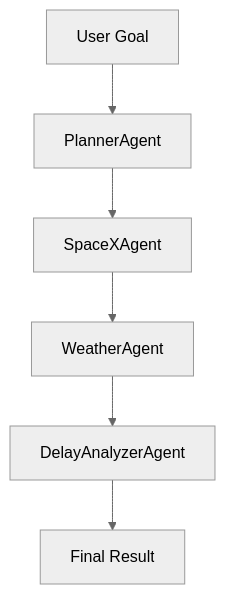
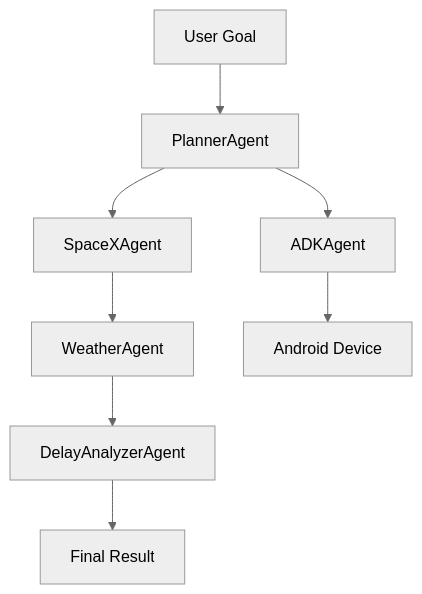
Before and after one commit to swarajjadhav12/multi-agent-spacex: the diagram in readme.md, drawn with Mermaid (neutral theme). The commit also changed other lines of this file and 16 other files, not shown here.

````diff
--- a/readme.md
+++ b/readme.md
@@ -102,8 +38,10 @@
 ```mermaid
 graph TD
     A[User Goal] --> B[PlannerAgent]
     B --> C[SpaceXAgent]
     C --> D[WeatherAgent]
     D --> E[DelayAnalyzerAgent]
     E --> F[Final Result]
+    B --> G[ADKAgent]
+    G --> H[Android Device]
 ```
````
